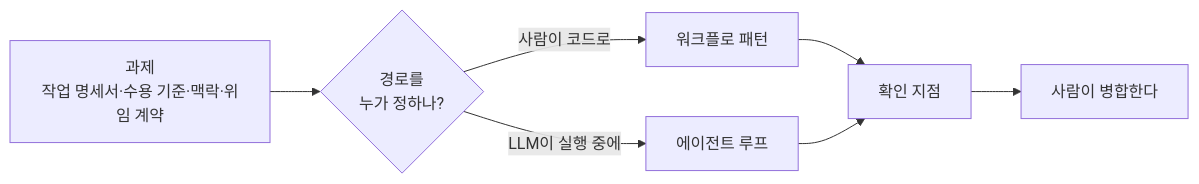
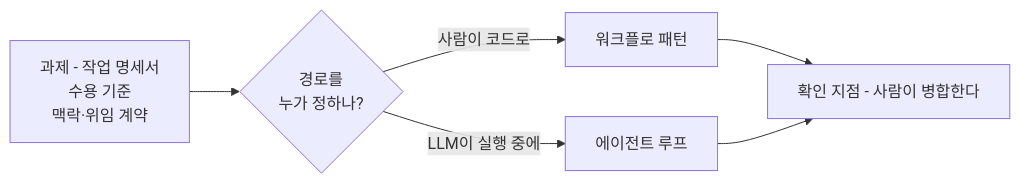
Before and after one commit to YoungSan77/TrainingMaterials: the first of 11 diagrams in courses/ai-native/sessions/s07.md, drawn with Mermaid. The commit also changed other lines of this file and 29 other files, not shown here.

````diff
--- a/courses/ai-native/sessions/s07.md
+++ b/courses/ai-native/sessions/s07.md
@@ -46,9 +46,8 @@
 ```mermaid
 flowchart LR
-    T["과제<br/>작업 명세서·수용 기준·맥락·위임 계약"] --> S{"경로를<br/>누가 정하나?"}
-    S -->|사람이 코드로| W["워크플로 패턴"]
-    S -->|LLM이 실행 중에| A["에이전트 루프"]
-    W --> C["확인 지점"]
+    T["과제 - 작업 명세서<br/>수용 기준<br/>맥락·위임 계약"] --> S{"경로를<br/>누가 정하나?"}
+    S -->|"사람이 코드로"| W["워크플로 패턴"]
+    S -->|"LLM이 실행 중에"| A["에이전트 루프"]
+    W --> C["확인 지점 - 사람이 병합한다"]
     A --> C
-    C --> M["사람이 병합한다"]
 ```
````
